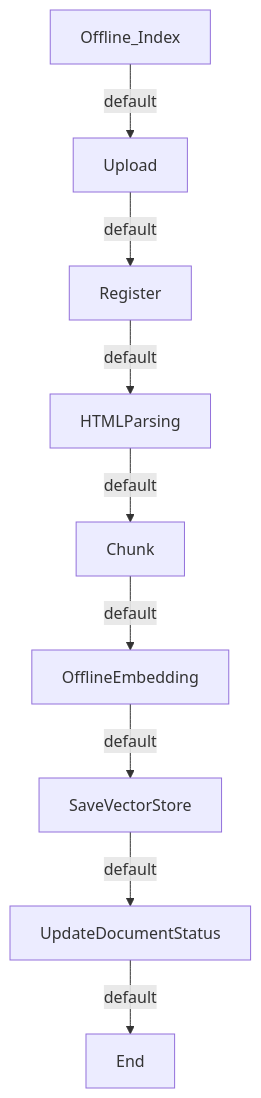
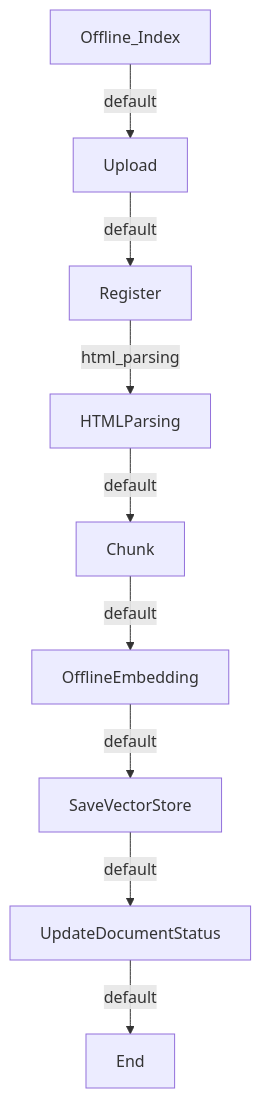
Before and after one commit to datanooblol/broverse: the diagram in examples/rag_systems/offline_index.md, drawn with Mermaid. The commit also changed 15 other files, not shown here.

````diff
--- a/examples/rag_systems/offline_index.md
+++ b/examples/rag_systems/offline_index.md
@@ -1,11 +1,11 @@
 ```mermaid
 flowchart TD
     Offline_Index -->|default| Upload
     Upload -->|default| Register
-    Register -->|default| HTMLParsing
+    Register -->|html_parsing| HTMLParsing
     HTMLParsing -->|default| Chunk
     Chunk -->|default| OfflineEmbedding
     OfflineEmbedding -->|default| SaveVectorStore
     SaveVectorStore -->|default| UpdateDocumentStatus
     UpdateDocumentStatus -->|default| End
 ```
````
